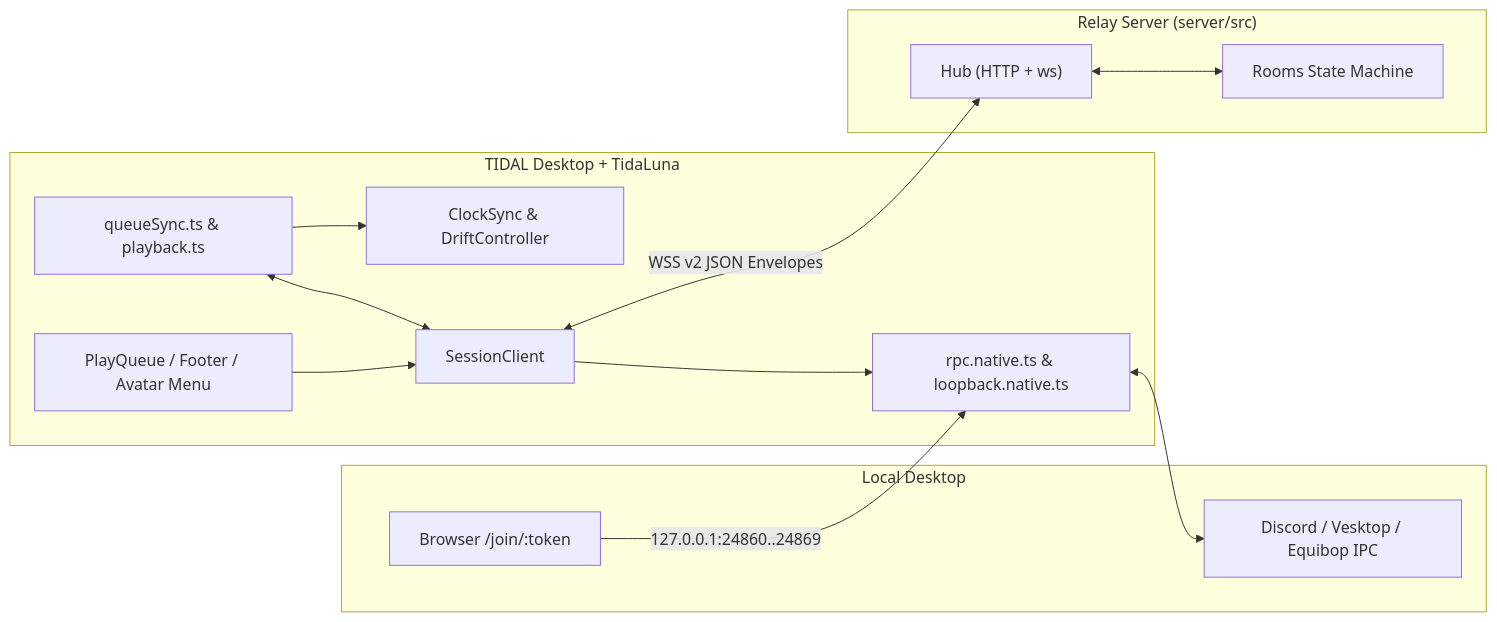
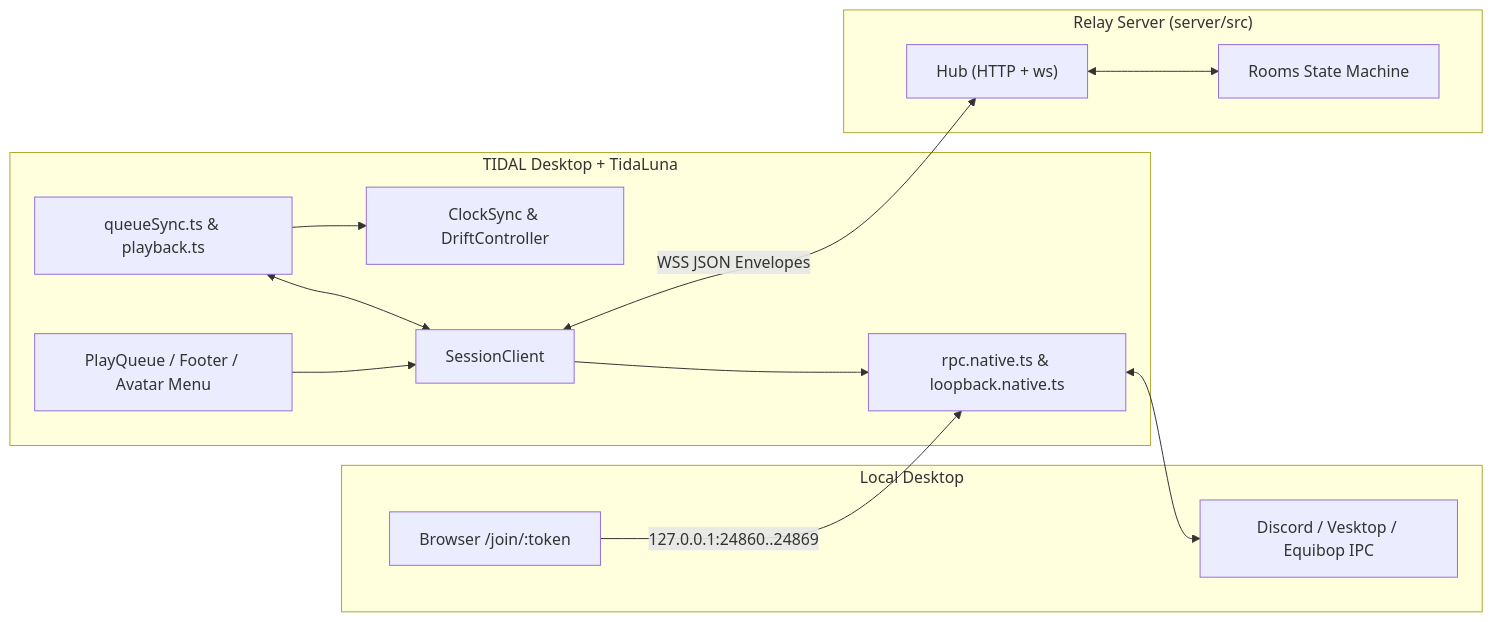
The diagram in docs/ARCHITECTURE.md (Fuchs-Fox/lunajam), drawn with Mermaid before and after one commit. The commit also changed other lines of this file and 1 other file, not shown here.

Commit message:
docs: simplify hero banner with authentic Discord RPC card

````diff
--- a/docs/ARCHITECTURE.md
+++ b/docs/ARCHITECTURE.md
@@ -5,29 +5,29 @@
 ```mermaid
 flowchart LR
   subgraph Client["TIDAL Desktop + TidaLuna"]
     UI["PlayQueue / Footer / Avatar Menu"]
     Tidal["queueSync.ts & playback.ts"]
     Sync["ClockSync & DriftController"]
     Session["SessionClient"]
     Native["rpc.native.ts & loopback.native.ts"]
     UI --> Session
     Tidal <--> Session
     Tidal --> Sync
     Session --> Native
   end
 
   subgraph Local["Local Desktop"]
     Discord["Discord / Vesktop / Equibop IPC"]
     Browser["Browser /join/:token"]
     Native <--> Discord
     Browser -->|"127.0.0.1:24860..24869"| Native
   end
 
   subgraph Relay["Relay Server (server/src)"]
     Hub["Hub (HTTP + ws)"]
     Rooms["Rooms State Machine"]
     Hub <--> Rooms
   end
 
-  Session <-->|"WSS v2 JSON Envelopes"| Hub
+  Session <-->|"WSS JSON Envelopes"| Hub
 ```
````
